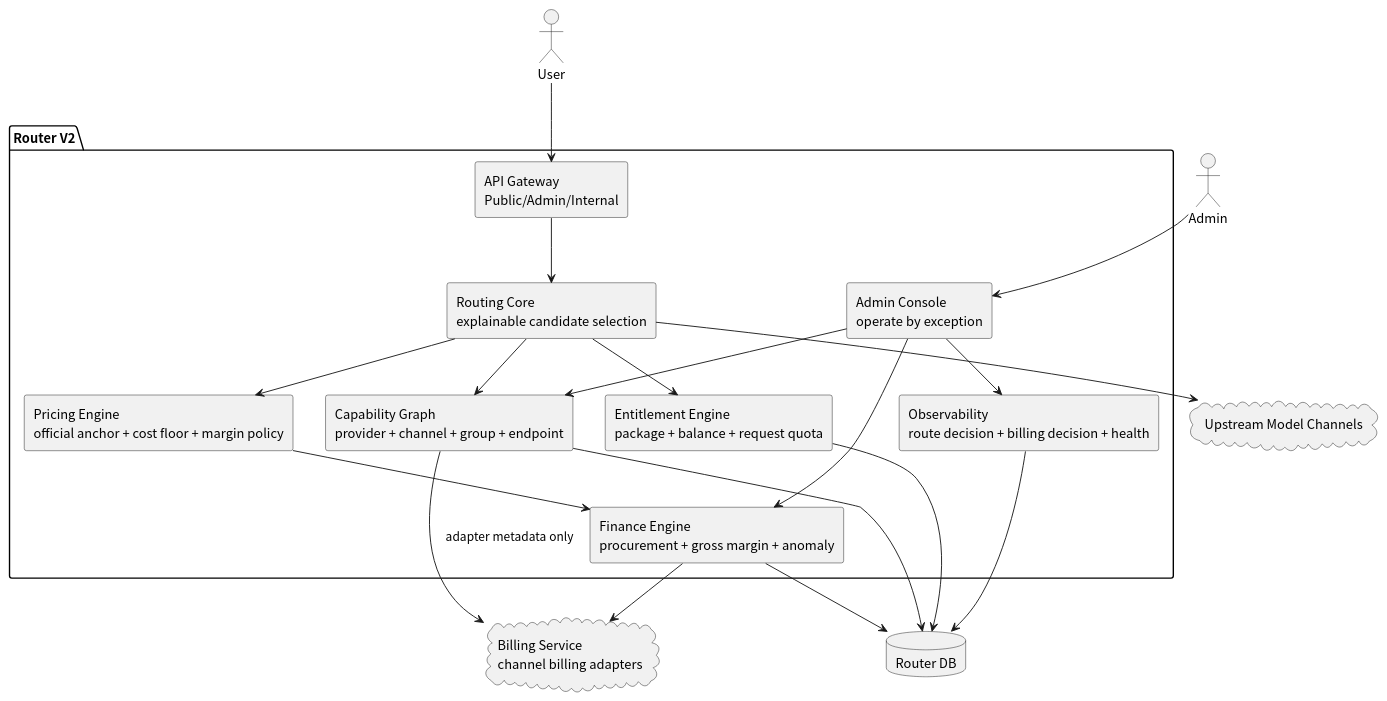
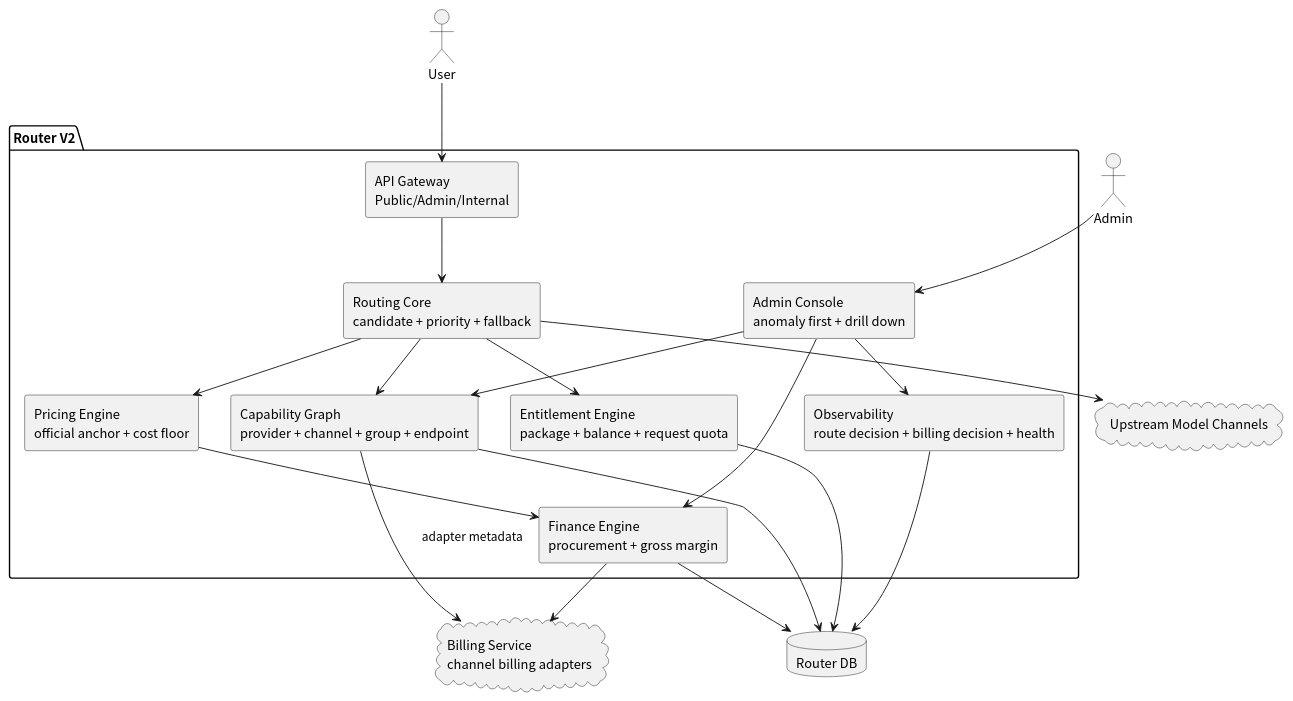
Before and after one commit to haiqinma/router: the first of 2 diagrams in docs/路由架构V2.md, drawn with PlantUML. The commit also changed other lines of this file and 1 other file, not shown here.

Commit message:
docs: define router v3 finance focus

````diff
--- a/docs/路由架构V2.md
+++ b/docs/路由架构V2.md
@@ -37,43 +22,43 @@
 ```plantuml
 @startuml
 skinparam componentStyle rectangle
 skinparam shadowing false
 skinparam defaultFontName "Noto Sans CJK SC"
 
 actor User
 actor Admin
 
 package "Router V2" {
   [API Gateway\nPublic/Admin/Internal] as api
-  [Routing Core\nexplainable candidate selection] as routing
+  [Routing Core\ncandidate + priority + fallback] as routing
   [Capability Graph\nprovider + channel + group + endpoint] as capability
   [Entitlement Engine\npackage + balance + request quota] as entitlement
-  [Pricing Engine\nofficial anchor + cost floor + margin policy] as pricing
-  [Finance Engine\nprocurement + gross margin + anomaly] as finance
+  [Pricing Engine\nofficial anchor + cost floor] as pricing
+  [Finance Engine\nprocurement + gross margin] as finance
   [Observability\nroute decision + billing decision + health] as observability
-  [Admin Console\noperate by exception] as admin_console
+  [Admin Console\nanomaly first + drill down] as admin_console
 }
 
 cloud "Billing Service\nchannel billing adapters" as billing_service
 cloud "Upstream Model Channels" as upstream
 database "Router DB" as db
 
 User --> api
 Admin --> admin_console
 api --> routing
 routing --> capability
 routing --> entitlement
 routing --> pricing
 routing --> upstream
 pricing --> finance
 finance --> db
 capability --> db
 entitlement --> db
 observability --> db
 admin_console --> capability
 admin_console --> finance
 admin_console --> observability
 finance --> billing_service
-capability --> billing_service : adapter metadata only
+capability --> billing_service : adapter metadata
 @enduml
 ```
````
